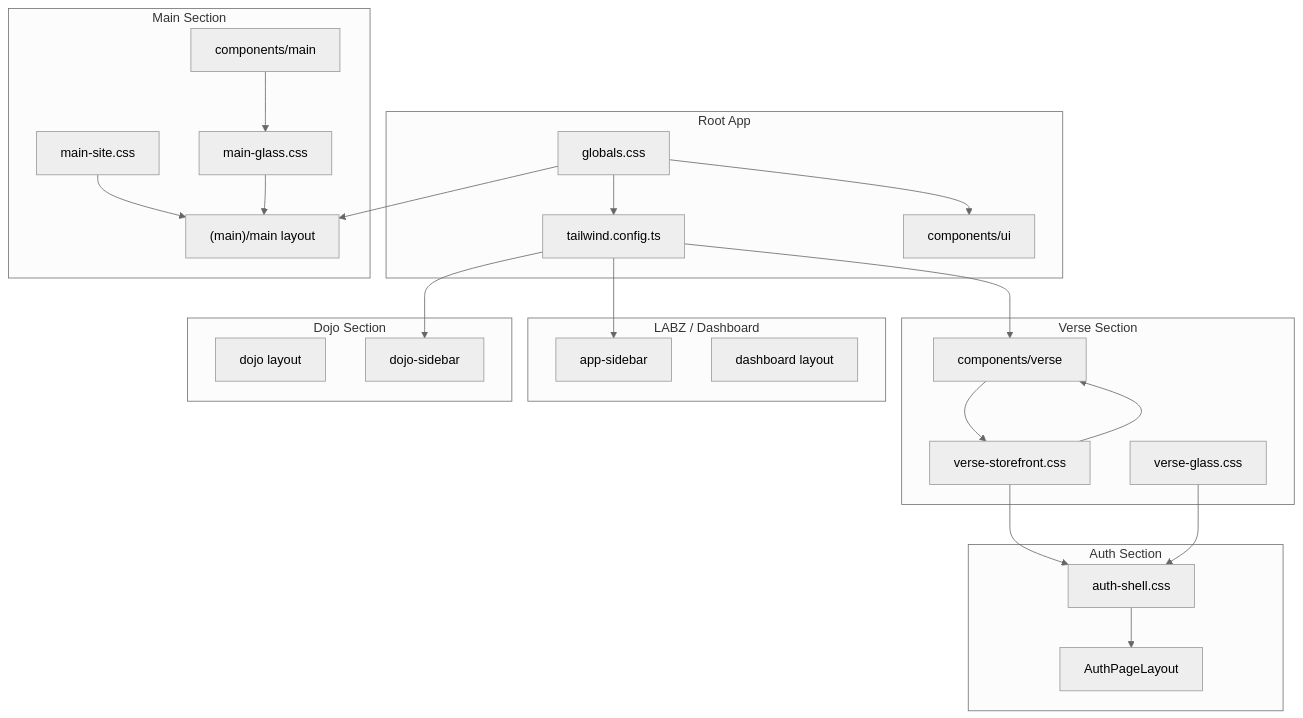
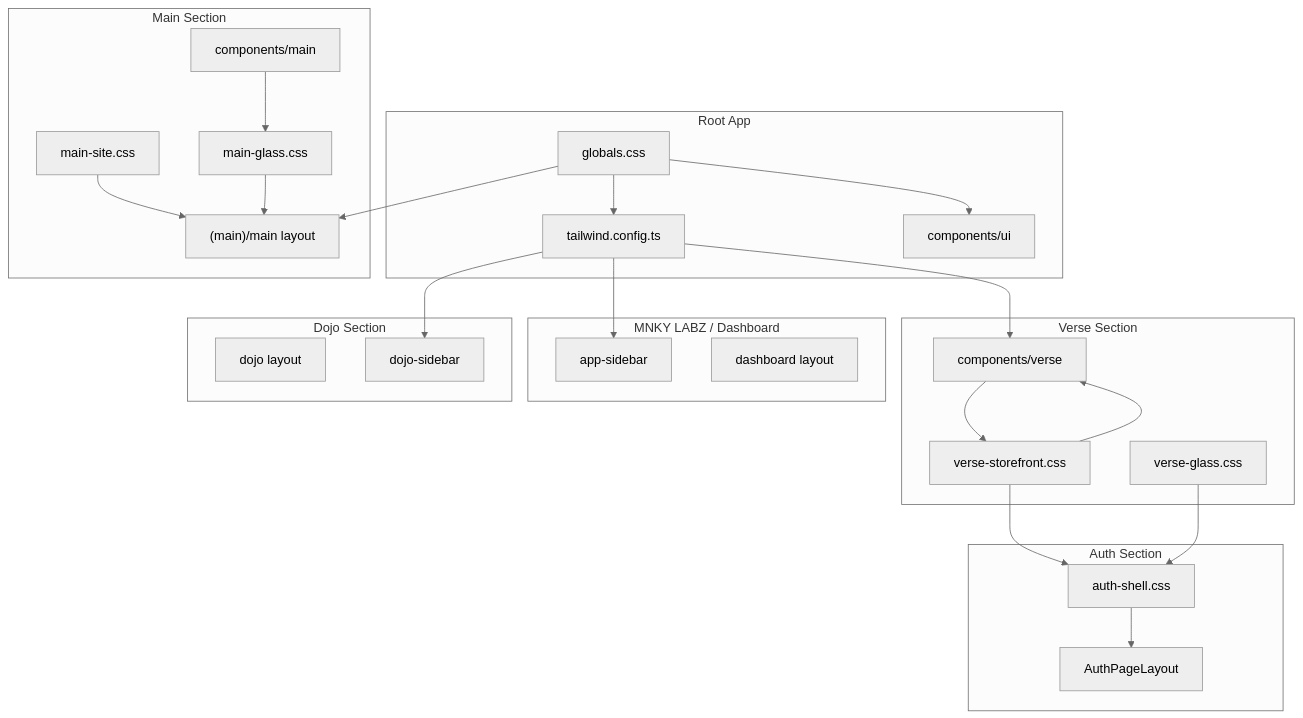
The diagram in docs/DESIGN-SYSTEM.md (MOODMNKY-LLC/mood-mnky-command), drawn with Mermaid (neutral theme) before and after one commit. The commit also changed other lines of this file and 61 other files, not shown here.

First line of the commit message:
docs/copy: use MNKY LABZ for product name where LABZ was used alone

````diff
--- a/docs/DESIGN-SYSTEM.md
+++ b/docs/DESIGN-SYSTEM.md
@@ -7,45 +7,45 @@
 ```mermaid
 flowchart TB
     subgraph Root [Root App]
         globals[globals.css]
         tailwind[tailwind.config.ts]
         shadcn[components/ui]
     end
     subgraph Verse [Verse Section]
         verseCss[verse-storefront.css]
         verseGlass[verse-glass.css]
         verseComps[components/verse]
     end
     subgraph Auth [Auth Section]
         authShell[auth-shell.css]
         authLayout[AuthPageLayout]
     end
-    subgraph Labz [LABZ / Dashboard]
+    subgraph Labz [MNKY LABZ / Dashboard]
         appSidebar[app-sidebar]
         dashboardLayout[dashboard layout]
     end
     subgraph Dojo [Dojo Section]
         dojoLayout[dojo layout]
         dojoSidebar[dojo-sidebar]
     end
     subgraph Main [Main Section]
         mainCss[main-site.css]
         mainGlass[main-glass.css]
         mainComps[components/main]
         mainLayout["(main)/main layout"]
     end
     globals --> tailwind
     globals --> mainLayout
     mainCss --> mainLayout
     mainGlass --> mainLayout
     mainComps --> mainGlass
     globals --> shadcn
     verseCss --> verseComps
     verseCss --> authShell
     verseGlass --> authShell
     verseComps --> verseCss
     tailwind --> verseComps
     tailwind --> appSidebar
     tailwind --> dojoSidebar
     authShell --> authLayout
 ```
````
